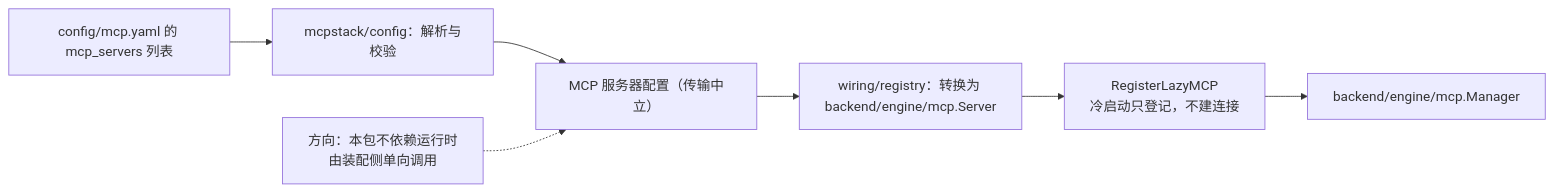
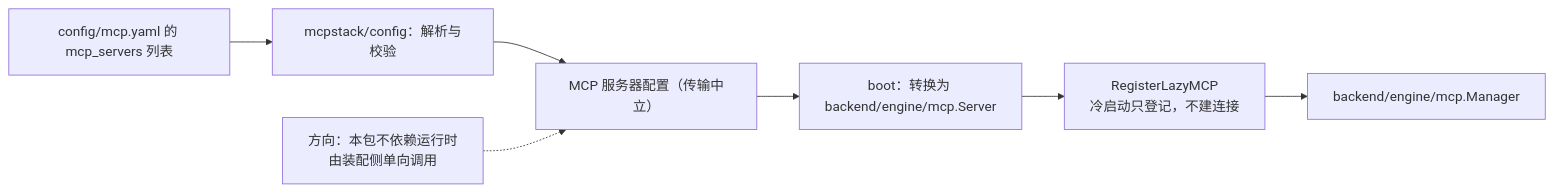
One commit to RedHuang-0622/seelex changed the diagram in backend/engine/mcp/mcpstack/config/README.md. Above: the diagram before and after it, drawn with Mermaid. The commit also changed other lines of this file and 183 other files, not shown here.

````diff
--- a/backend/engine/mcp/mcpstack/config/README.md
+++ b/backend/engine/mcp/mcpstack/config/README.md
@@ -17,9 +17,9 @@
 ```mermaid
 flowchart LR
     YAML["config/mcp.yaml 的 mcp_servers 列表"] --> LOAD["mcpstack/config：解析与校验"]
     LOAD --> CFG["MCP 服务器配置（传输中立）"]
-    CFG --> MAIN["wiring/registry：转换为 backend/engine/mcp.Server"]
+    CFG --> MAIN["boot：转换为 backend/engine/mcp.Server"]
     MAIN --> LAZY["RegisterLazyMCP<br/>冷启动只登记，不建连接"]
     LAZY --> MGR["backend/engine/mcp.Manager"]
     NOTE["方向：本包不依赖运行时<br/>由装配侧单向调用"] -.-> CFG
 ```
````
